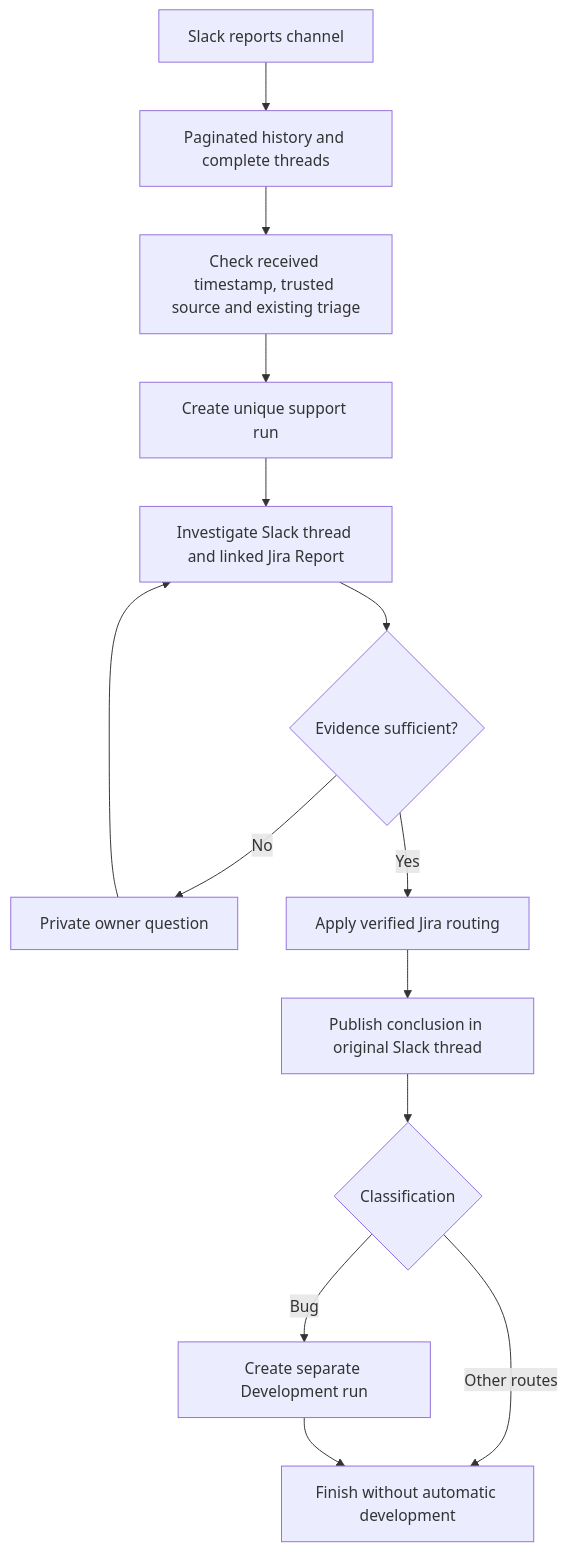
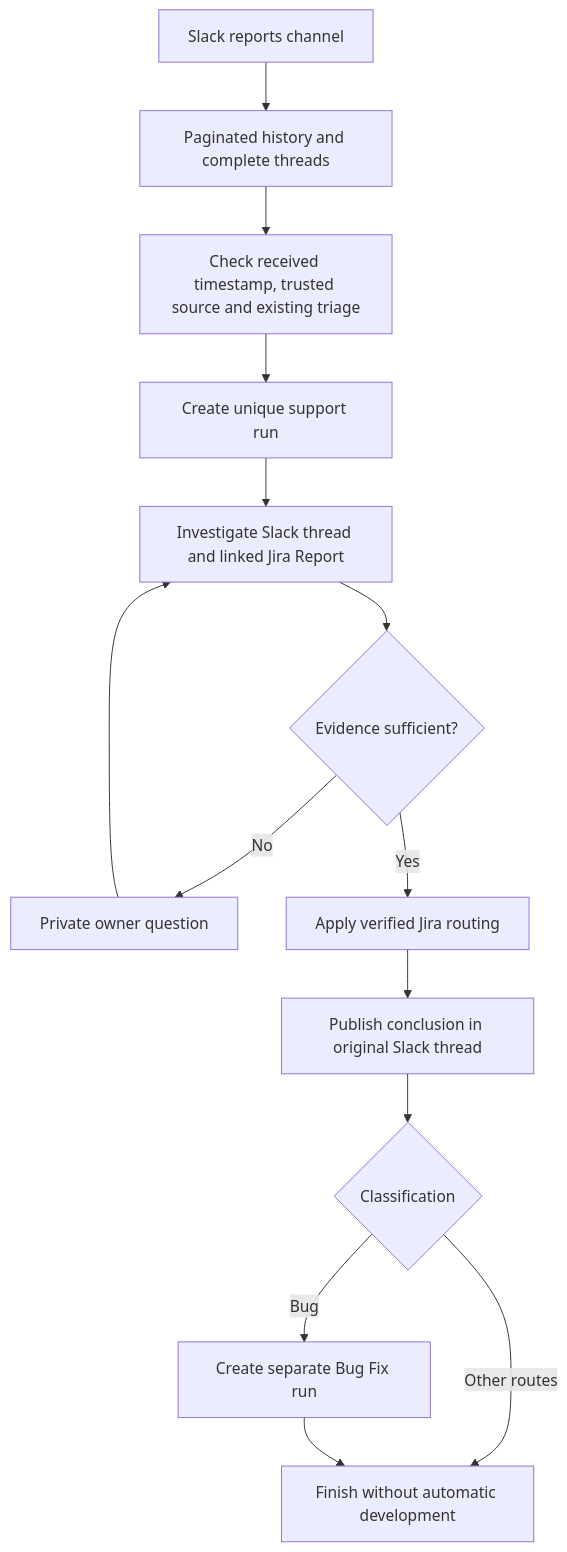
One commit to art-83/scabbers-cli changed the second of 4 diagrams in README.md. Above: the diagram before and after it, drawn with Mermaid. The commit also changed other lines of this file and 5 other files, not shown here.

Commit message:
refactor: label bug workflows and track separate development mode

````diff
--- a/README.md
+++ b/README.md
@@ -118,16 +120,16 @@
 ```mermaid
 flowchart TD
     Slack[Slack reports channel] --> Intake[Paginated history and complete threads]
     Intake --> Filter[Check received timestamp, trusted source and existing triage]
     Filter --> Queue[Create unique support run]
     Queue --> Investigate[Investigate Slack thread and linked Jira Report]
     Investigate --> Decision{Evidence sufficient?}
     Decision -->|No| Private[Private owner question]
     Private --> Investigate
     Decision -->|Yes| Route[Apply verified Jira routing]
     Route --> Publish[Publish conclusion in original Slack thread]
     Publish --> Type{Classification}
-    Type -->|Bug| Dev[Create separate Development run]
+    Type -->|Bug| Dev[Create separate Bug Fix run]
     Type -->|Other routes| Finish[Finish without automatic development]
     Dev --> Finish
 ```
````
